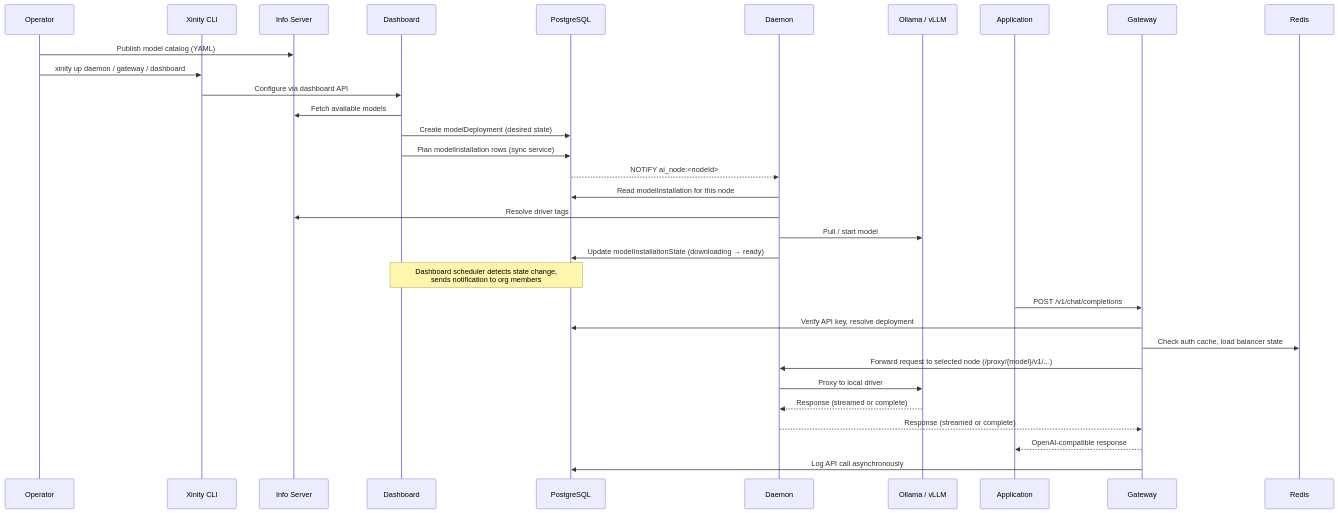
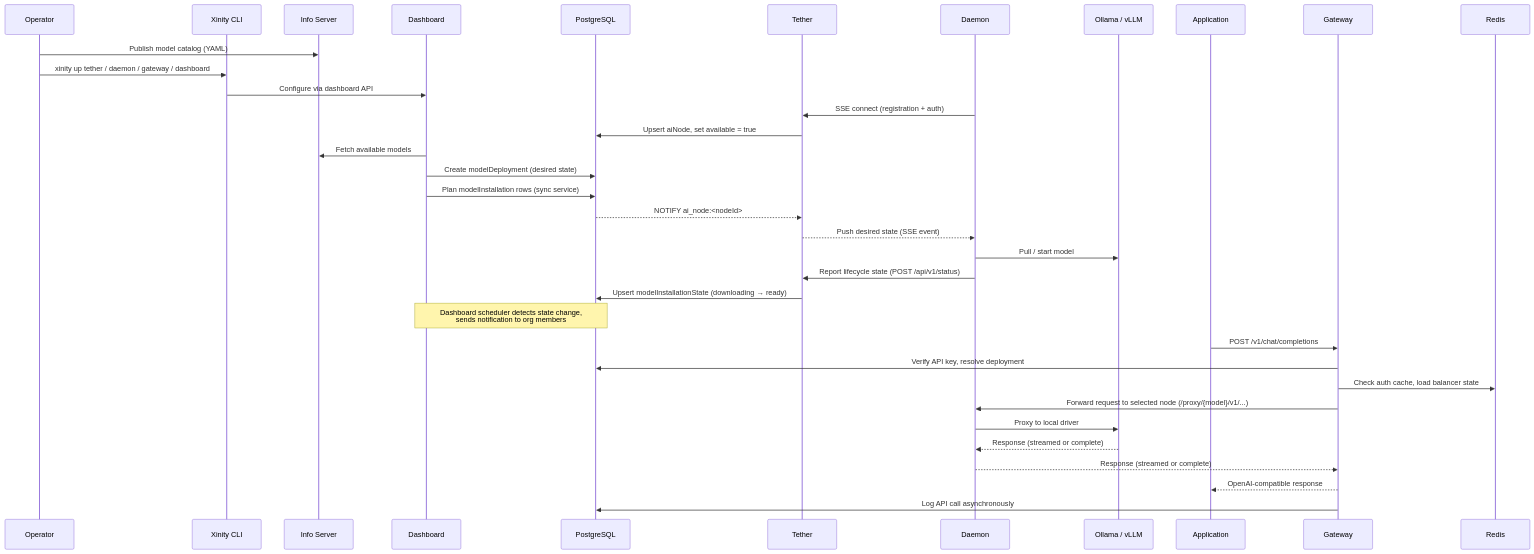
One commit to xinity-ai/xinity-ai changed the third of 3 diagrams in docs/architecture.md. Above: the diagram before and after it, drawn with Mermaid. The commit also changed other lines of this file and 11 other files, not shown here.

````diff
--- a/docs/architecture.md
+++ b/docs/architecture.md
@@ -240,39 +254,43 @@
 ```mermaid
 sequenceDiagram
     participant Ops as Operator
     participant CLI as Xinity CLI
     participant Info as Info Server
     participant UI as Dashboard
     participant DB as PostgreSQL
+    participant Tether as Tether
     participant Daemon as Daemon
     participant Driver as Ollama / vLLM
     participant App as Application
     participant Gateway as Gateway
     participant Redis as Redis
 
     Ops->>Info: Publish model catalog (YAML)
-    Ops->>CLI: xinity up daemon / gateway / dashboard
+    Ops->>CLI: xinity up tether / daemon / gateway / dashboard
     CLI->>UI: Configure via dashboard API
+
+    Daemon->>Tether: SSE connect (registration + auth)
+    Tether->>DB: Upsert aiNode, set available = true
 
     UI->>Info: Fetch available models
     UI->>DB: Create modelDeployment (desired state)
     UI->>DB: Plan modelInstallation rows (sync service)
-    DB-->>Daemon: NOTIFY ai_node:<nodeId>
+    DB-->>Tether: NOTIFY ai_node:<nodeId>
+    Tether-->>Daemon: Push desired state (SSE event)
 
-    Daemon->>DB: Read modelInstallation for this node
-    Daemon->>Info: Resolve driver tags
     Daemon->>Driver: Pull / start model
-    Daemon->>DB: Update modelInstallationState (downloading → ready)
+    Daemon->>Tether: Report lifecycle state (POST /api/v1/status)
+    Tether->>DB: Upsert modelInstallationState (downloading → ready)
 
     Note over UI,DB: Dashboard scheduler detects state change,<br/>sends notification to org members
 
     App->>Gateway: POST /v1/chat/completions
     Gateway->>DB: Verify API key, resolve deployment
     Gateway->>Redis: Check auth cache, load balancer state
     Gateway->>Daemon: Forward request to selected node (/proxy/{model}/v1/...)
     Daemon->>Driver: Proxy to local driver
     Driver-->>Daemon: Response (streamed or complete)
     Daemon-->>Gateway: Response (streamed or complete)
     Gateway-->>App: OpenAI-compatible response
     Gateway->>DB: Log API call asynchronously
 ```
````
